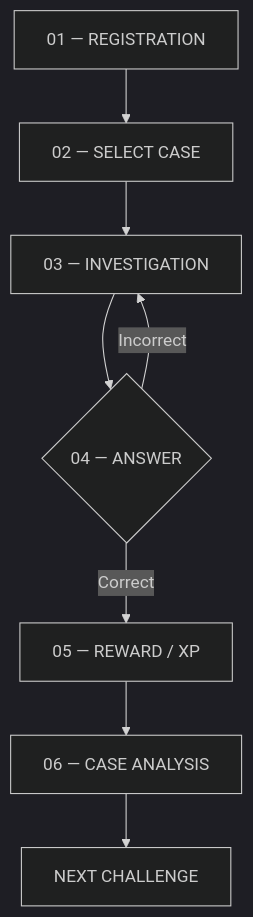
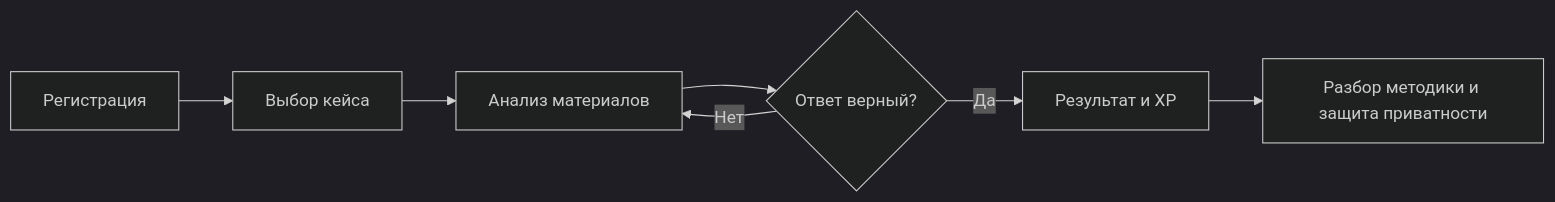
The first of 2 diagrams in README.md (erozz77/Needle), drawn with Mermaid (dark theme) before and after one commit. The commit also changed other lines of this file, not shown here.

````diff
--- a/README.md
+++ b/README.md
@@ -82,10 +59,9 @@
 ```mermaid
-flowchart TD
-    A["01 — REGISTRATION"] --> B["02 — SELECT CASE"]
-    B --> C["03 — INVESTIGATION"]
-    C --> D{"04 — ANSWER"}
-    D -->|"Incorrect"| C
-    D -->|"Correct"| E["05 — REWARD / XP"]
-    E --> F["06 — CASE ANALYSIS"]
-    F --> G["NEXT CHALLENGE"]
+flowchart LR
+    A["Регистрация"] --> B["Выбор кейса"]
+    B --> C["Анализ материалов"]
+    C --> D{"Ответ верный?"}
+    D -- "Нет" --> C
+    D -- "Да" --> E["Результат и XP"]
+    E --> F["Разбор методики и защита приватности"]
 ```
````
